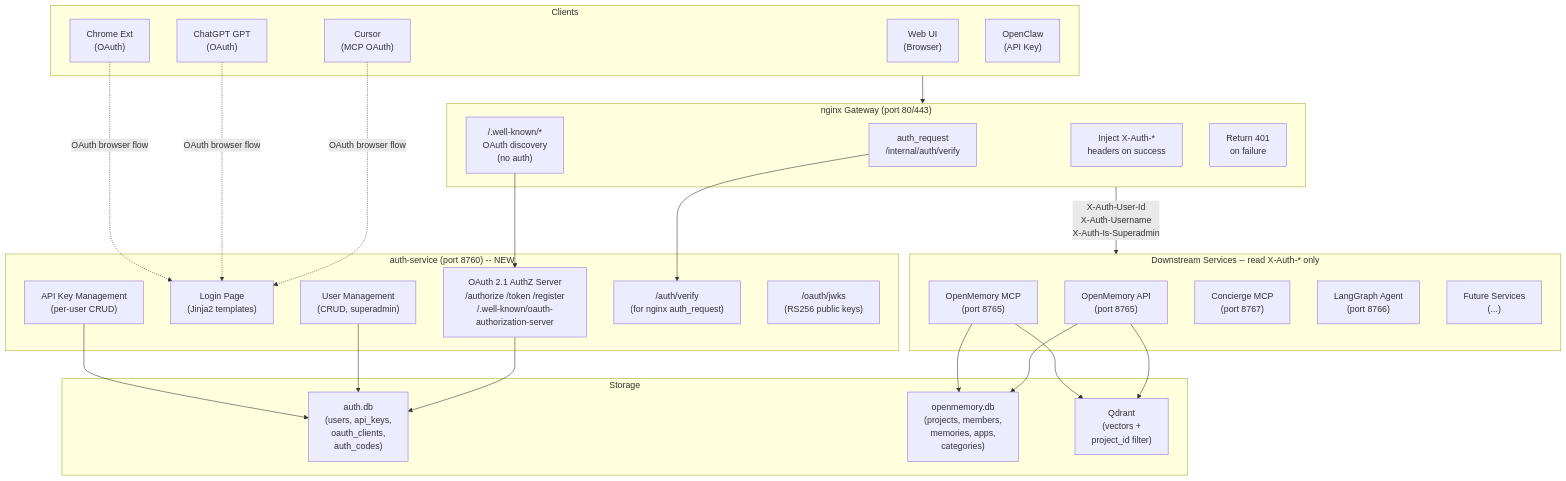
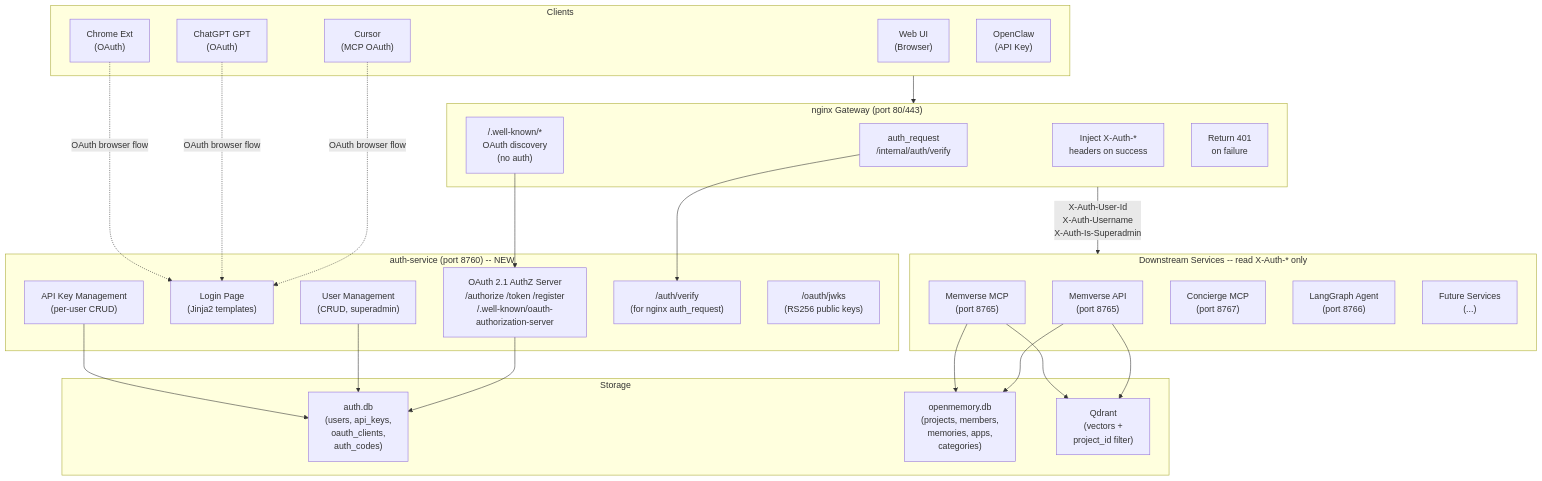
The first of 2 diagrams in doc/multi-user-auth-gateway-plan.md (arthaszeng/mem0), drawn with Mermaid before and after one commit. The commit also changed other lines of this file and 394 other files, not shown here.

First line of the commit message:
feat: rebrand OpenMemory/mem0 to Memverse v2.0.0

````diff
--- a/doc/multi-user-auth-gateway-plan.md
+++ b/doc/multi-user-auth-gateway-plan.md
@@ -9,59 +9,59 @@
 ```mermaid
 graph TB
     subgraph clients [Clients]
         UI["Web UI\n(Browser)"]
         CursorMCP["Cursor\n(MCP OAuth)"]
         ChatGPT["ChatGPT GPT\n(OAuth)"]
         ChromeExt["Chrome Ext\n(OAuth)"]
         OpenClaw["OpenClaw\n(API Key)"]
     end
 
     subgraph gateway ["nginx Gateway (port 80/443)"]
         AuthReq["auth_request\n/internal/auth/verify"]
         WellKnown["/.well-known/*\nOAuth discovery\n(no auth)"]
         InjectHeaders["Inject X-Auth-*\nheaders on success"]
         Return401["Return 401\non failure"]
     end
 
     subgraph authService ["auth-service (port 8760) -- NEW"]
         OAuthServer["OAuth 2.1 AuthZ Server\n/authorize /token /register\n/.well-known/oauth-authorization-server"]
         LoginPage["Login Page\n(Jinja2 templates)"]
         UserMgmt["User Management\n(CRUD, superadmin)"]
         APIKeyMgmt["API Key Management\n(per-user CRUD)"]
         VerifyEndpoint["/auth/verify\n(for nginx auth_request)"]
         JWKS["/oauth/jwks\n(RS256 public keys)"]
     end
 
     subgraph downstream ["Downstream Services -- read X-Auth-* only"]
-        OMAPI["OpenMemory API\n(port 8765)"]
-        OMMCP["OpenMemory MCP\n(port 8765)"]
+        OMAPI["Memverse API\n(port 8765)"]
+        OMMCP["Memverse MCP\n(port 8765)"]
         ConcMCP["Concierge MCP\n(port 8767)"]
         LangGraph["LangGraph Agent\n(port 8766)"]
         FutureService["Future Services\n(...)"]
     end
 
     subgraph storage [Storage]
         AuthDB["auth.db\n(users, api_keys,\noauth_clients,\nauth_codes)"]
         OMDB["openmemory.db\n(projects, members,\nmemories, apps,\ncategories)"]
         Qdrant["Qdrant\n(vectors +\nproject_id filter)"]
     end
 
     clients --> gateway
     AuthReq --> VerifyEndpoint
     WellKnown --> OAuthServer
 
     CursorMCP -.->|"OAuth browser flow"| LoginPage
     ChatGPT -.->|"OAuth browser flow"| LoginPage
     ChromeExt -.->|"OAuth browser flow"| LoginPage
 
     gateway -->|"X-Auth-User-Id\nX-Auth-Username\nX-Auth-Is-Superadmin"| downstream
 
     OAuthServer --> AuthDB
     UserMgmt --> AuthDB
     APIKeyMgmt --> AuthDB
 
     OMAPI --> OMDB
     OMAPI --> Qdrant
     OMMCP --> OMDB
     OMMCP --> Qdrant
 ```
````
